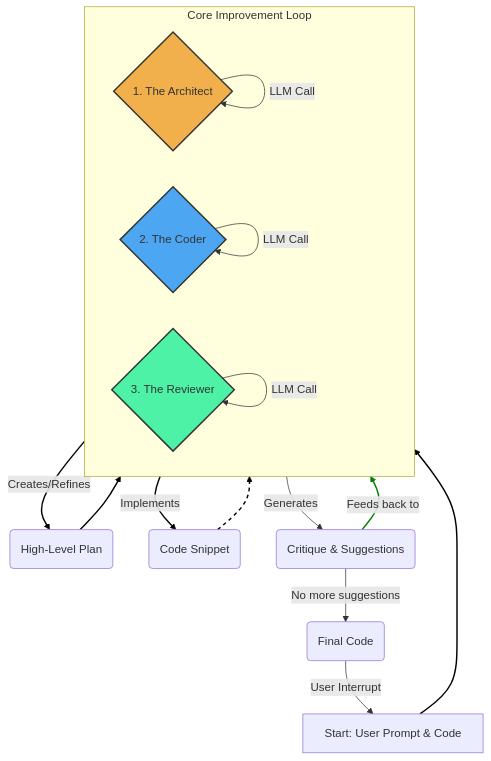
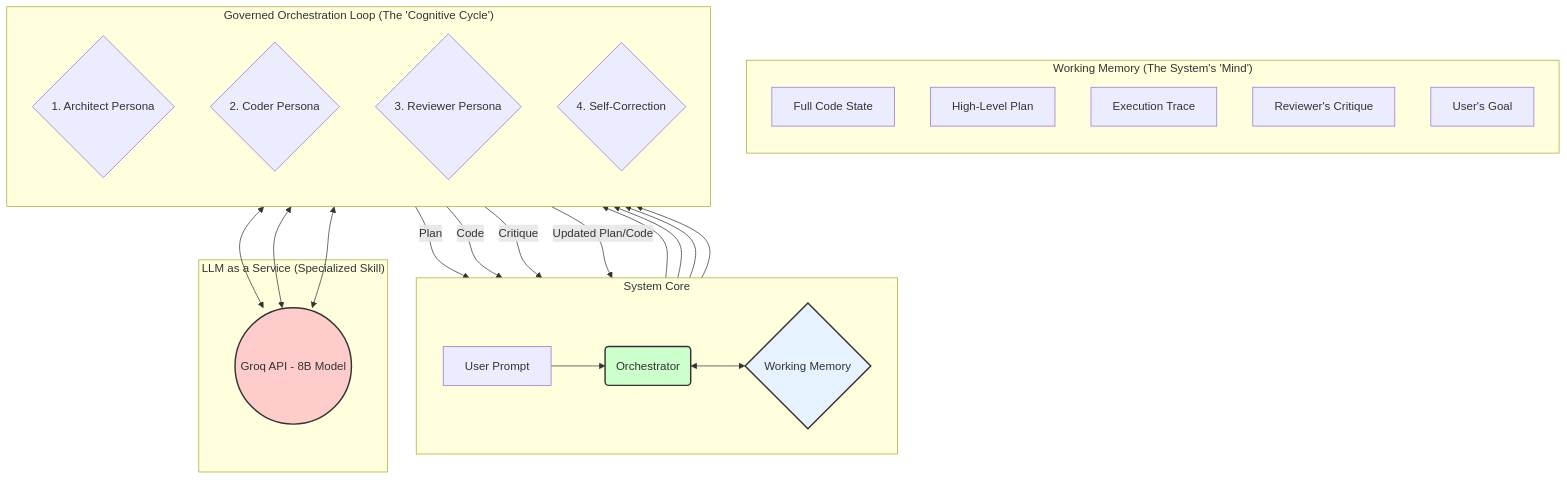
The diagram in README.md (Arptime2/AICreatesAI), drawn with Mermaid before and after one commit. The commit also changed other lines of this file, not shown here.

Commit message:
architecture improvements

````diff
--- a/README.md
+++ b/README.md
@@ -71,31 +71,41 @@
 ```mermaid
 graph TD
-    A[Start: User Prompt & Code] --> B{1. The Architect};
-    B -- Creates/Refines --> C(High-Level Plan);
-    C --> D{2. The Coder};
-    D -- Implements --> E(Code Snippet);
-    E --> F{3. The Reviewer};
-    F -- Generates --> G(Critique & Suggestions);
-    G -- Feeds back to --> B;
-
-    subgraph "Core Improvement Loop"
+    subgraph "System Core"
         direction LR
-        B -- LLM Call --> B;
-        D -- LLM Call --> D;
-        F -- LLM Call --> F;
+        A[User Prompt] --> B(Orchestrator);
+        B <--> C{Working Memory};
     end
 
-    H(Final Code) -- User Interrupt --> A;
-    G -- No more suggestions --> H;
+    subgraph "Working Memory (The System's 'Mind')"
+        direction TB
+        C1[Full Code State];
+        C2[High-Level Plan];
+        C3[Execution Trace];
+        C4[Reviewer's Critique];
+        C5[User's Goal];
+    end
 
-    linkStyle 0 stroke-width:2px,fill:none,stroke:black;
-    linkStyle 1 stroke-width:2px,fill:none,stroke:black;
-    linkStyle 2 stroke-width:2px,fill:none,stroke:black;
-    linkStyle 3 stroke-width:2px,fill:none,stroke:black;
-    linkStyle 4 stroke-width:2px,fill:none,stroke:black,stroke-dasharray: 5 5;
-    linkStyle 6 stroke-width:2px,fill:none,stroke:green;
+    subgraph "Governed Orchestration Loop (The 'Cognitive Cycle')"
+        direction TB
+        B --> D{1. Architect Persona};
+        D -- Plan --> B;
+        B --> E{2. Coder Persona};
+        E -- Code --> B;
+        B --> F{3. Reviewer Persona};
+        F -- Critique --> B;
+        B --> G{4. Self-Correction};
+        G -- Updated Plan/Code --> B;
+    end
 
-    style B fill:#f2b04d,stroke:#333,stroke-width:2px
-    style D fill:#4da6f2,stroke:#333,stroke-width:2px
-    style F fill:#4df2a6,stroke:#333,stroke-width:2px
+    subgraph "LLM as a Service (Specialized Skill)"
+        H((Groq API - 8B Model))
+    end
+
+    D <--> H;
+    E <--> H;
+    F <--> H;
+
+    style C fill:#e6f2ff,stroke:#333,stroke-width:2px
+    style B fill:#ccffcc,stroke:#333,stroke-width:2px
+    style H fill:#ffcccc,stroke:#333,stroke-width:2px
 ```
````
